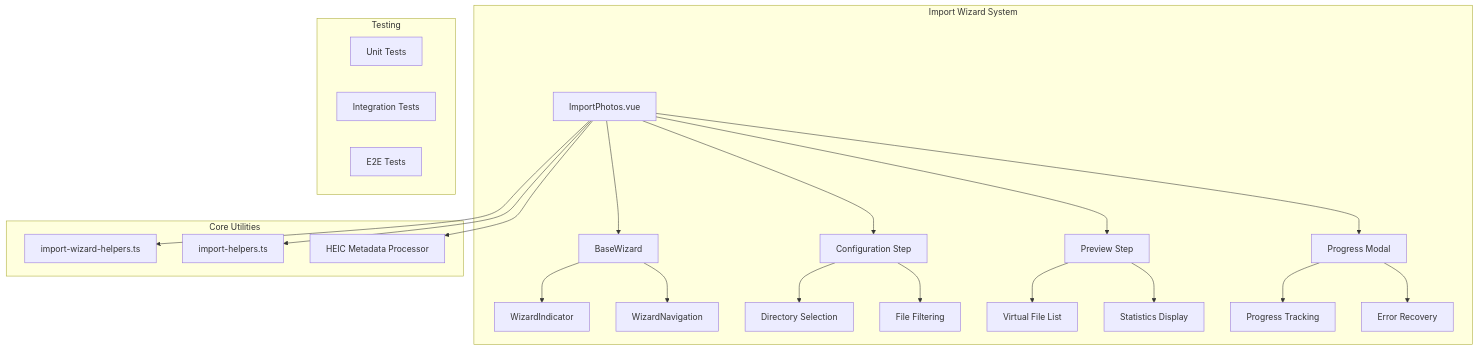
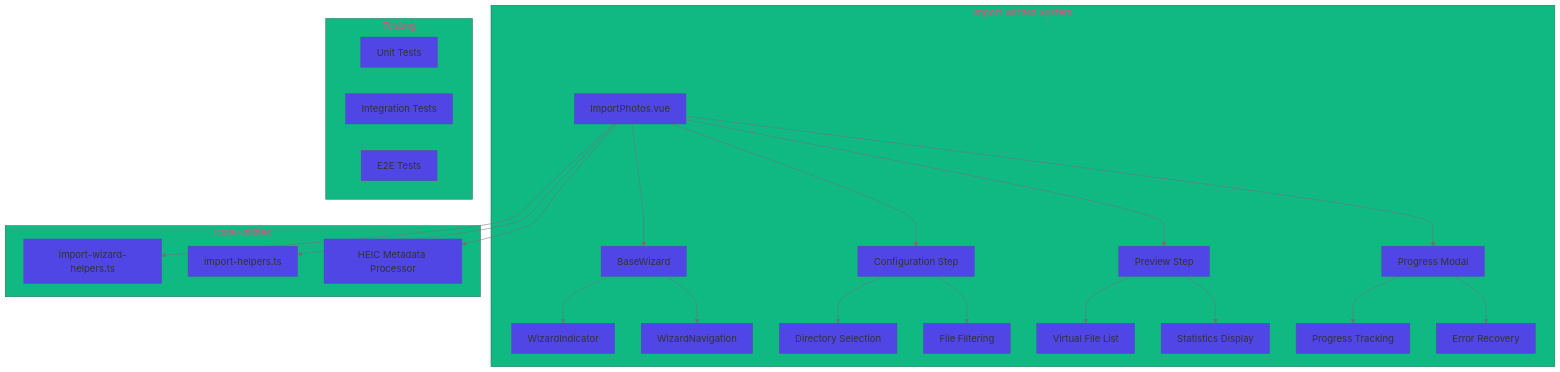
Before and after one commit to photasajs/photasa-app: the first of 2 diagrams in docs/rfc/0001-import-wizard-system.md, drawn with Mermaid. The commit also changed other lines of this file and 54 other files, not shown here.

````diff
--- a/docs/rfc/0001-import-wizard-system.md
+++ b/docs/rfc/0001-import-wizard-system.md
@@ -90,37 +90,40 @@
 ```mermaid
+%%{init: {'theme':'base', 'themeVariables': { 'fontSize': '24px', 'primaryTextColor': '#000', 'primaryColor': '#2563eb', 'lineColor': '#374151', 'actorBkg': '#f3f4f6', 'actorTextColor': '#000', 'actorLineColor': '#000', 'messageTextColor': '#000', 'messageLineColor': '#000', 'labelTextColor': '#000', 'labelBackground': '#f9fafb', 'labelBorder': '#d1d5db', 'sectionBkgColor': '#f8fafc', 'altSectionBkgColor': '#f1f5f9', 'gridColor': '#e5e7eb', 'secondaryColor': '#f59e0b', 'tertiaryColor': '#10b981'}}}%%
+%%{init: {'theme':'base', 'themeVariables': { 'fontSize': '18px', 'primaryTextColor': '#333', 'primaryColor': '#4f46e5', 'lineColor': '#6b7280'}}}%%
+%%{init: {'theme':'base', 'themeVariables': { 'fontSize': '18px', 'primaryTextColor': '#333', 'primaryColor': '#4f46e5', 'lineColor': '#6b7280'}}}%%
 graph TB
     subgraph "Import Wizard System"
         A[ImportPhotos.vue] --> B[BaseWizard]
         A --> C[Configuration Step]
         A --> D[Preview Step]
         A --> E[Progress Modal]
 
         B --> F[WizardIndicator]
         B --> G[WizardNavigation]
 
         C --> H[Directory Selection]
         C --> I[File Filtering]
 
         D --> J[Virtual File List]
         D --> K[Statistics Display]
 
         E --> L[Progress Tracking]
         E --> M[Error Recovery]
     end
 
     subgraph "Core Utilities"
         N[import-wizard-helpers.ts]
         O[import-helpers.ts]
         P[HEIC Metadata Processor]
     end
 
     subgraph "Testing"
         Q[Unit Tests]
         R[Integration Tests]
         S[E2E Tests]
     end
 
     A --> N
     A --> O
     A --> P
 ```
````
